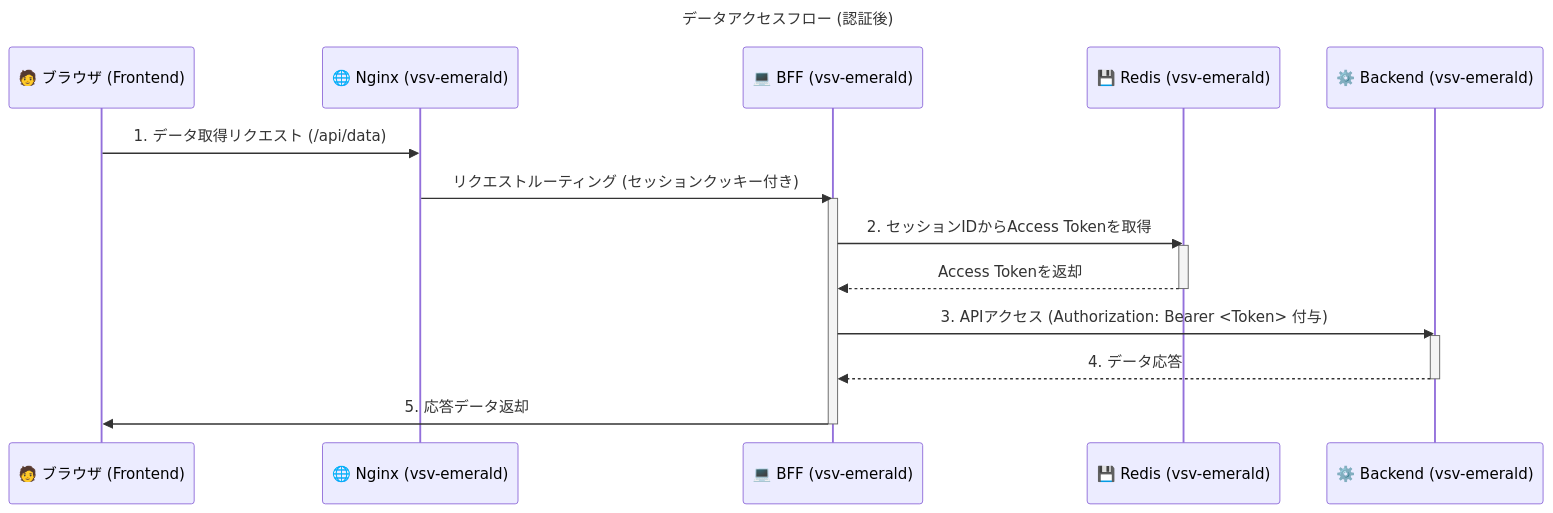
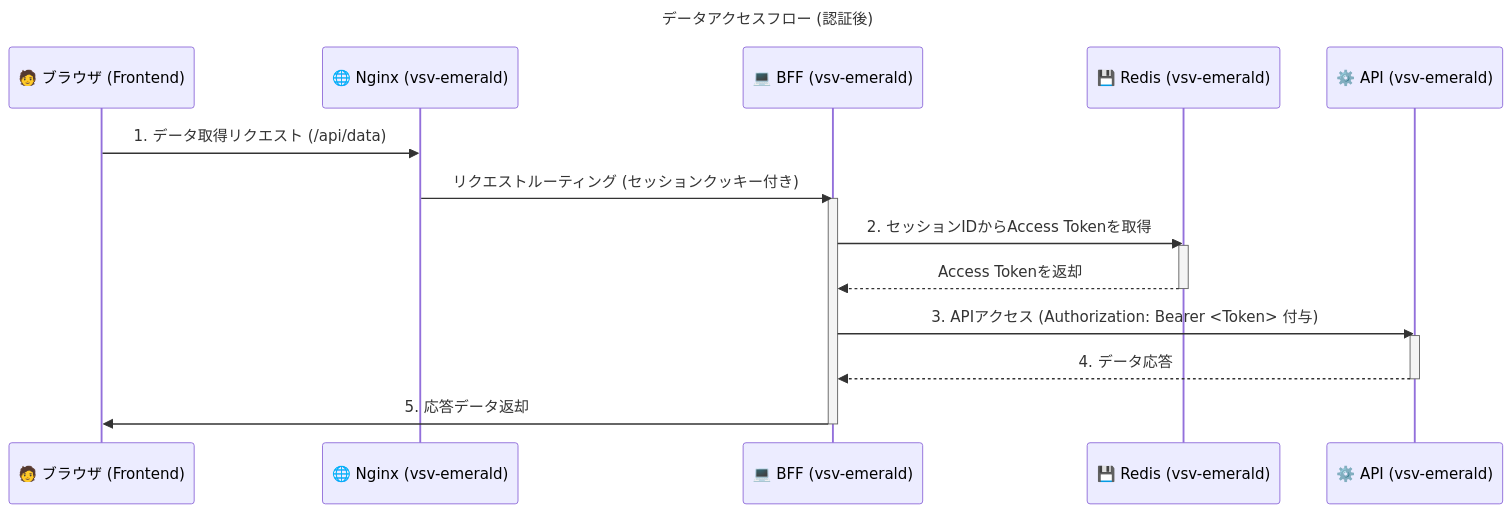
Before and after one commit to Ndia-R/api-gateway-bff: the fourth of 5 diagrams in system-architecture-overview-vps2.md, drawn with Mermaid. The commit also changed other lines of this file and 59 other files, not shown here.

````diff
--- a/system-architecture-overview-vps2.md
+++ b/system-architecture-overview-vps2.md
@@ -241,26 +270,26 @@
 ```mermaid
 sequenceDiagram
     participant Browser as 🧑 ブラウザ (Frontend)
     participant Nginx_V2 as 🌐 Nginx (vsv-emerald)
     participant BFF as 💻 BFF (vsv-emerald)
     participant Redis as 💾 Redis (vsv-emerald)
-    participant Backend as ⚙️ Backend (vsv-emerald)
+    participant API as ⚙️ API (vsv-emerald)
 
     title データアクセスフロー (認証後)
 
     Browser->>Nginx_V2: 1. データ取得リクエスト (/api/data)
     Nginx_V2->>BFF: リクエストルーティング (セッションクッキー付き)
     activate BFF
     BFF->>Redis: 2. セッションIDからAccess Tokenを取得
     activate Redis
     Redis-->>BFF: Access Tokenを返却
     deactivate Redis
 
-    BFF->>Backend: 3. APIアクセス (Authorization: Bearer <Token> 付与)
-    activate Backend
-    Backend-->>BFF: 4. データ応答
-    deactivate Backend
+    BFF->>API: 3. APIアクセス (Authorization: Bearer <Token> 付与)
+    activate API
+    API-->>BFF: 4. データ応答
+    deactivate API
 
     BFF->>Browser: 5. 応答データ返却
     deactivate BFF
 ```
````
